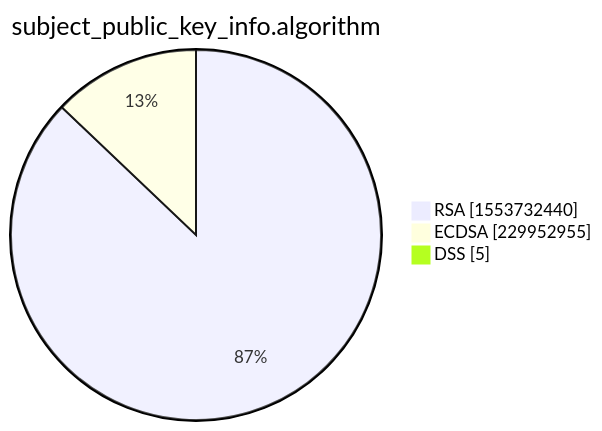
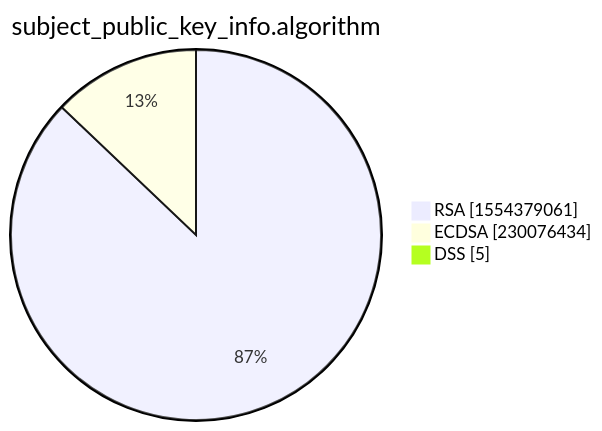
Before and after one commit to christiankrug/ctmonitor_visualization: the third of 15 diagrams in xenon2022/README.md, drawn with Mermaid. The commit also changed other lines of this file, not shown here.

````diff
--- a/xenon2022/README.md
+++ b/xenon2022/README.md
@@ -14,7 +14,7 @@
 ```mermaid
 pie showData
 title subject_public_key_info.algorithm
-"RSA" :1553732440
-"ECDSA" :229952955
+"RSA" :1554379061
+"ECDSA" :230076434
 "DSS" :5
 ```
````
